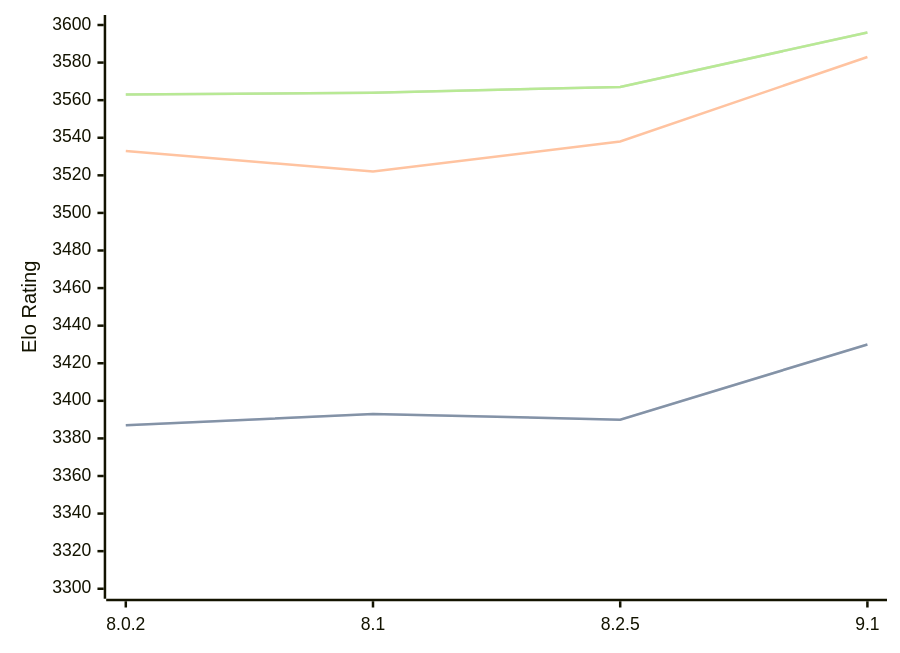
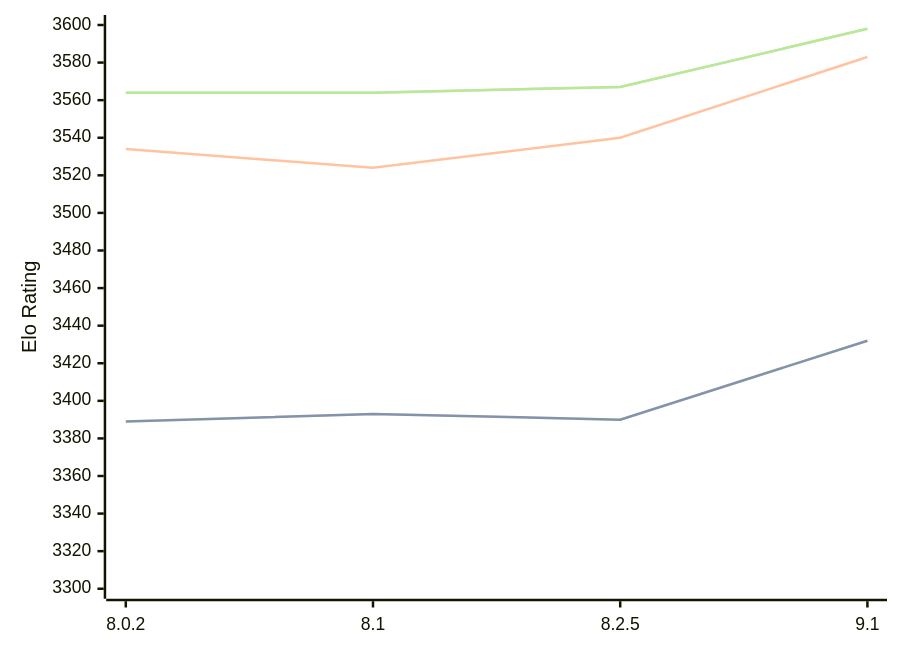
Before and after one commit to computer-chess-index/cci: the diagram in engines/Clover.md, drawn with Mermaid. The commit also changed other lines of this file, not shown here.

Commit message:
Update CCI Ratings (ELO VLTC) - 2026-05-17

````diff
--- a/engines/Clover.md
+++ b/engines/Clover.md
@@ -64,11 +64,11 @@
 ```mermaid
 %%{init: {"theme":"base","themeVariables":{"seriesColors:['#a3a3a3','#222221','#faa371']}}}%%
 xychart-beta
   x-axis ["8.0.2", "8.1", "8.2.5", "9.1"]
   y-axis "Elo Rating" 3300 --> 3600
-  line "STC (8.0+0.08s)" [3387, 3393, 3390, 3430]
-  line "STC (8.0+0.08s)" [3387, 3393, 3390, 3430]
-  line "LTC (60.0+0.60s)" [3533, 3522, 3538, 3583]
-  line "VLTC (2m24s+1.12s)" [3563, 3564, 3567, 3596]
-  line "VLTC (2m24s+1.12s)" [3563, 3564, 3567, 3596]
+  line "STC (8.0+0.08s)" [3389, 3393, 3390, 3432]
+  line "STC (8.0+0.08s)" [3389, 3393, 3390, 3432]
+  line "LTC (60.0+0.60s)" [3534, 3524, 3540, 3583]
+  line "VLTC (2m24s+1.12s)" [3564, 3564, 3567, 3598]
+  line "VLTC (2m24s+1.12s)" [3564, 3564, 3567, 3598]
 ```
````
